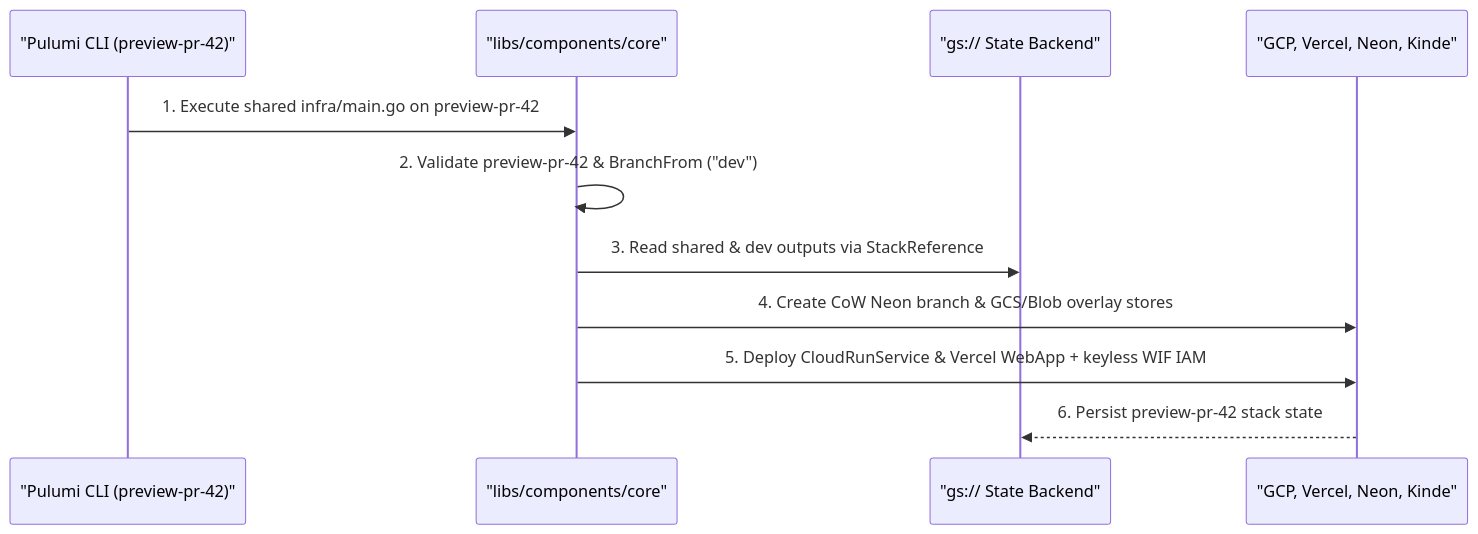
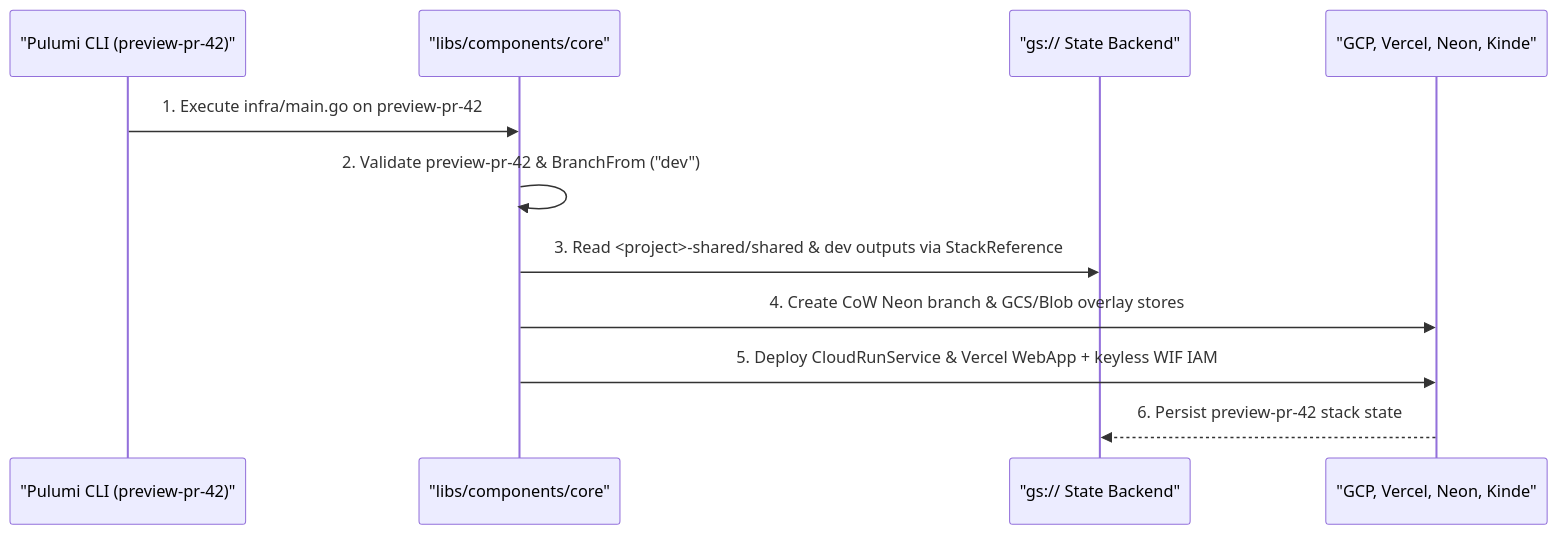
One commit to cloudvoyant/openbase changed the second of 2 diagrams in docs/architecture/index.md. Above: the diagram before and after it, drawn with Mermaid. The commit also changed other lines of this file and 61 other files, not shown here.

````diff
--- a/docs/architecture/index.md
+++ b/docs/architecture/index.md
@@ -47,13 +50,13 @@
 ```mermaid
 sequenceDiagram
     participant CI as "Pulumi CLI (preview-pr-42)"
     participant Core as "libs/components/core"
     participant State as "gs:// State Backend"
     participant Cloud as "GCP, Vercel, Neon, Kinde"
-    CI->>Core: 1. Execute shared infra/main.go on preview-pr-42
+    CI->>Core: 1. Execute infra/main.go on preview-pr-42
     Core->>Core: 2. Validate preview-pr-42 & BranchFrom ("dev")
-    Core->>State: 3. Read shared & dev outputs via StackReference
+    Core->>State: 3. Read <project>-shared/shared & dev outputs via StackReference
     Core->>Cloud: 4. Create CoW Neon branch & GCS/Blob overlay stores
     Core->>Cloud: 5. Deploy CloudRunService & Vercel WebApp + keyless WIF IAM
     Cloud-->>State: 6. Persist preview-pr-42 stack state
 ```
````
